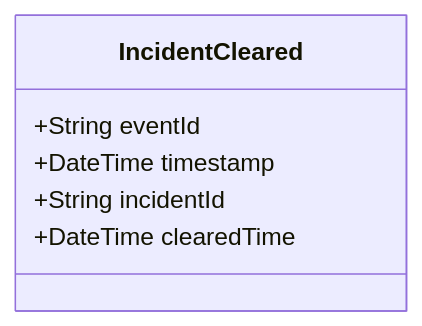
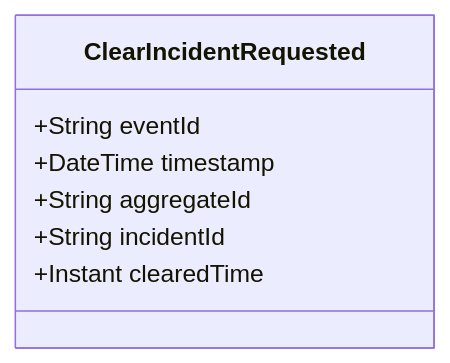
One commit to pgraff/police-system changed the diagram in doc/events/IncidentCleared.md. Above: the diagram before and after it, drawn with Mermaid. The commit also changed other lines of this file and 58 other files, not shown here.

````diff
--- a/doc/events/IncidentCleared.md
+++ b/doc/events/IncidentCleared.md
@@ -9,9 +9,10 @@
 ```mermaid
 classDiagram
-    class IncidentCleared {
+    class ClearIncidentRequested {
         +String eventId
         +DateTime timestamp
+        +String aggregateId
         +String incidentId
-        +DateTime clearedTime
+        +Instant clearedTime
     }
 ```
````
